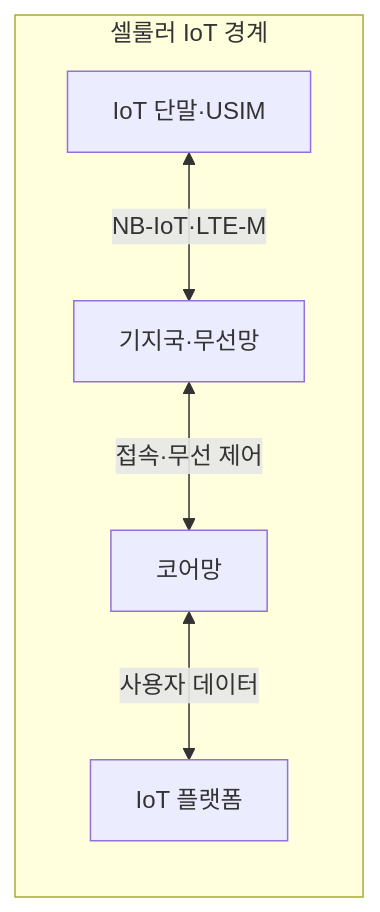
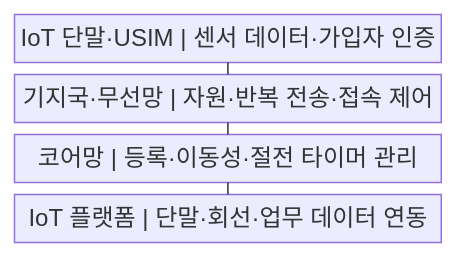
One commit to agnusdei1207/knowledge-base changed the first of 2 diagrams in src/content/docs/notes/04-network/055_nb_iot_lte_m.md. Above: the diagram before and after it, drawn with Mermaid. The commit also changed other lines of this file and 20 other files, not shown here.

````diff
--- a/src/content/docs/notes/04-network/055_nb_iot_lte_m.md
+++ b/src/content/docs/notes/04-network/055_nb_iot_lte_m.md
@@ -56,12 +56,11 @@
 ```mermaid
-flowchart LR
-    subgraph C[셀룰러 IoT 경계]
-        UE[IoT 단말·USIM]
-        RAN[기지국·무선망]
-        CORE[코어망]
-        PLATFORM[IoT 플랫폼]
-        UE <-->|NB-IoT·LTE-M| RAN
-        RAN <-->|접속·무선 제어| CORE
-        CORE <-->|사용자 데이터| PLATFORM
-    end
+block
+    columns 1
+    A["IoT 단말·USIM | 센서 데이터·가입자 인증"]
+    B["기지국·무선망 | 자원·반복 전송·접속 제어"]
+    C["코어망 | 등록·이동성·절전 타이머 관리"]
+    D["IoT 플랫폼 | 단말·회선·업무 데이터 연동"]
+    A --- B
+    B --- C
+    C --- D
 ```
````
